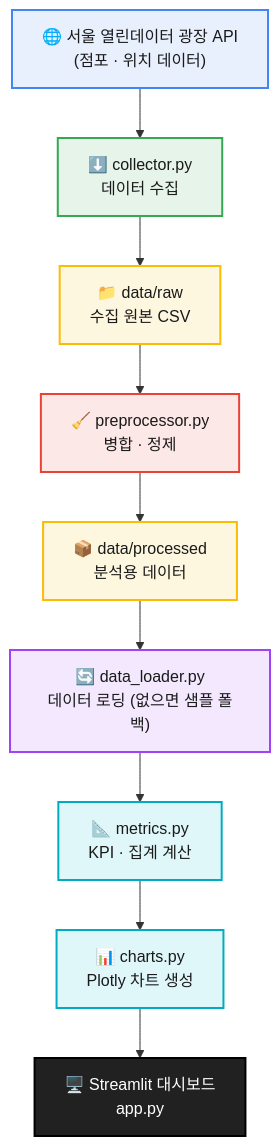
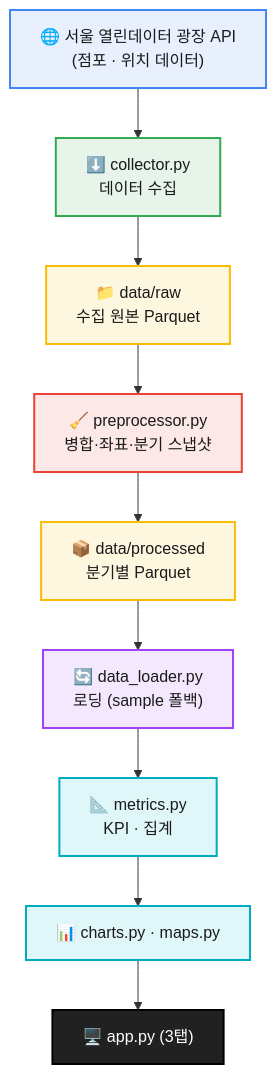
One commit to JamesRhee1/seoul-local-market-remake changed the diagram in docs/project_notes.md. Above: the diagram before and after it, drawn with Mermaid. The commit also changed other lines of this file and 1 other file, not shown here.

````diff
--- a/docs/project_notes.md
+++ b/docs/project_notes.md
@@ -179,22 +183,22 @@
 ```mermaid
 flowchart TD
     A["🌐 서울 열린데이터 광장 API<br/>(점포 · 위치 데이터)"]:::source
     B["⬇️ collector.py<br/>데이터 수집"]:::collect
-    C["📁 data/raw<br/>수집 원본 CSV"]:::store
-    D["🧹 preprocessor.py<br/>병합 · 정제"]:::process
-    E["📦 data/processed<br/>분석용 데이터"]:::store
-    F["🔄 data_loader.py<br/>데이터 로딩 (없으면 샘플 폴백)"]:::load
-    G["📐 metrics.py<br/>KPI · 집계 계산"]:::analyze
-    H["📊 charts.py<br/>Plotly 차트 생성"]:::analyze
-    I["🖥️ Streamlit 대시보드<br/>app.py"]:::dashboard
+    C["📁 data/raw<br/>수집 원본 Parquet"]:::store
+    D["🧹 preprocessor.py<br/>병합·좌표·분기 스냅샷"]:::process
+    E["📦 data/processed<br/>분기별 Parquet"]:::store
+    F["🔄 data_loader.py<br/>로딩 (sample 폴백)"]:::load
+    G["📐 metrics.py<br/>KPI · 집계"]:::analyze
+    H["📊 charts.py · maps.py"]:::analyze
+    I["🖥️ app.py (3탭)"]:::dashboard
 
     A --> B --> C --> D --> E --> F --> G --> H --> I
 
     classDef source fill:#E8F0FE,stroke:#4285F4,stroke-width:2px,color:#1a1a1a;
     classDef collect fill:#E6F4EA,stroke:#34A853,stroke-width:2px,color:#1a1a1a;
     classDef store fill:#FEF7E0,stroke:#FBBC04,stroke-width:2px,color:#1a1a1a;
     classDef process fill:#FCE8E6,stroke:#EA4335,stroke-width:2px,color:#1a1a1a;
     classDef load fill:#F3E8FD,stroke:#A142F4,stroke-width:2px,color:#1a1a1a;
     classDef analyze fill:#E0F7FA,stroke:#00ACC1,stroke-width:2px,color:#1a1a1a;
     classDef dashboard fill:#212121,stroke:#000000,stroke-width:2px,color:#ffffff;
 ```
````
